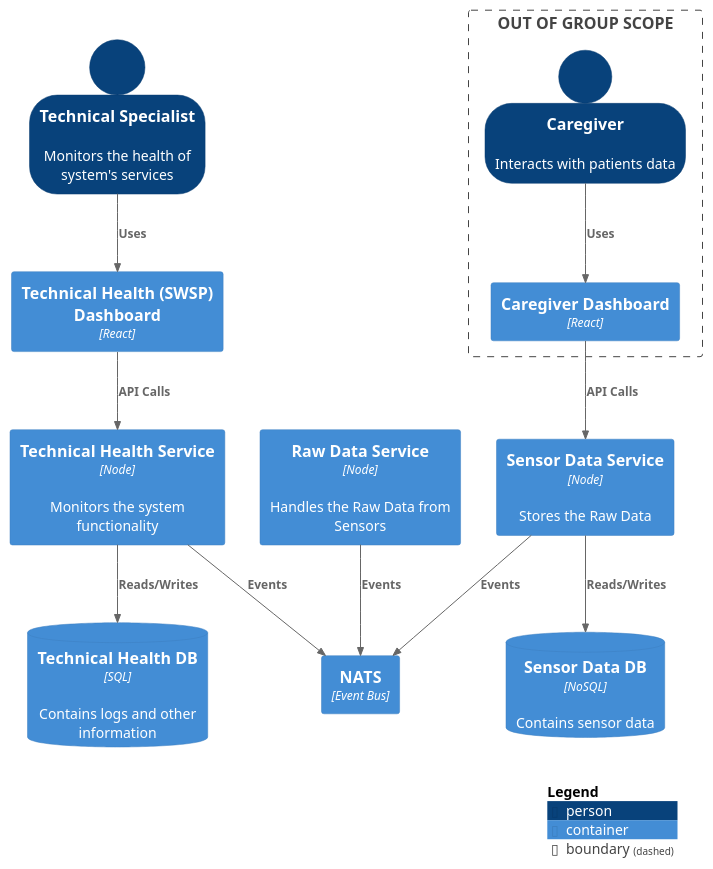
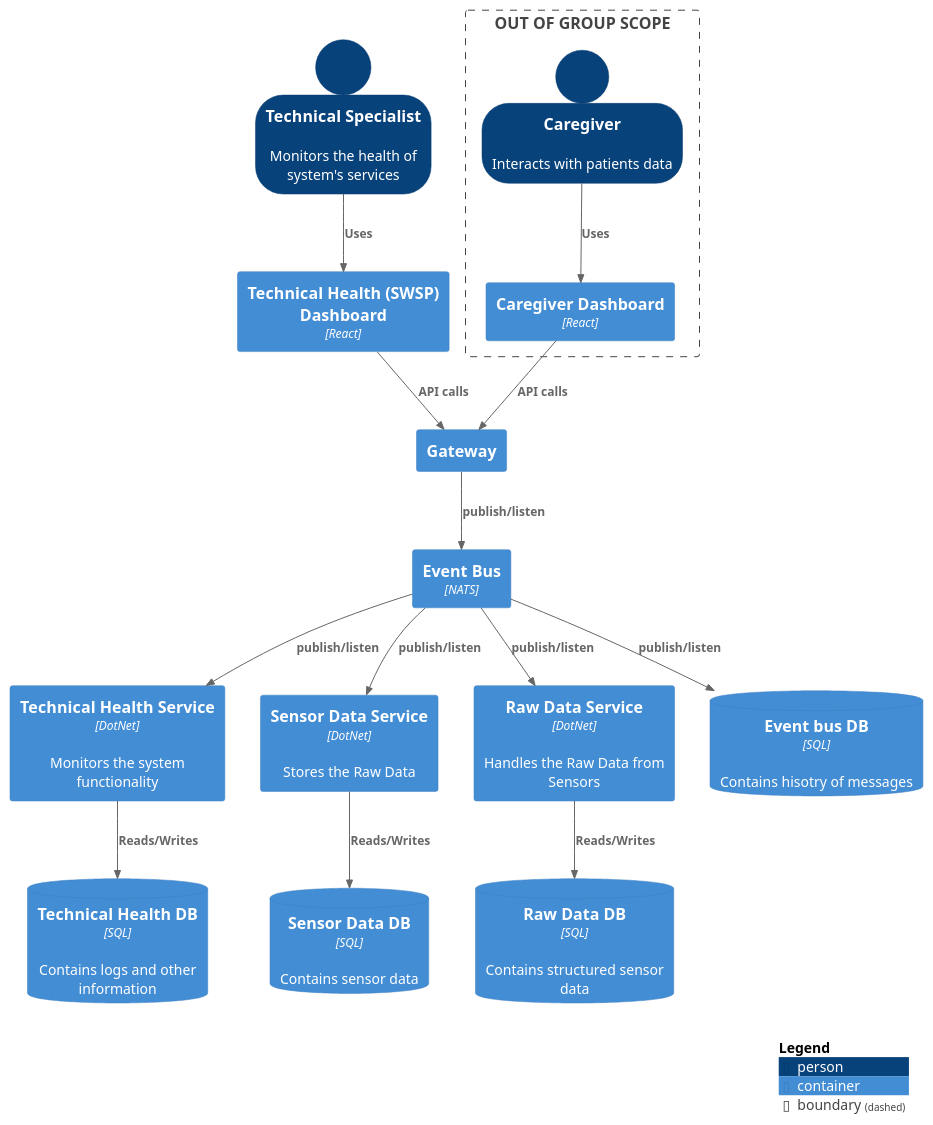
One commit to ivanovb3/Kwetter changed the diagram in Diagrams/group.puml. Above: the diagram before and after it, drawn with PlantUML. The commit also changed 5 other files, not shown here.

```diff
--- a/Diagrams/group.puml
+++ b/Diagrams/group.puml
@@ -1,34 +1,52 @@
 @startuml blogging_context
 !include https://raw.githubusercontent.com/plantuml-stdlib/C4-PlantUML/master/C4_Container.puml
 
 SHOW_PERSON_OUTLINE()
 
 Person(technical, "Technical Specialist", "Monitors the health of system's services")
 
 Container(thdash, "Technical Health (SWSP) Dashboard", "React", "")
+Container(gateway, "Gateway")
 
-Container(ths, "Technical Health Service", "Node", "Monitors the system functionality")
-Container(sds, "Sensor Data Service", "Node", "Stores the Raw Data")
-Container(rds, "Raw Data Service", "Node", "Handles the Raw Data from Sensors")
-Container(nats, "NATS", "Event Bus")
+Container(ths, "Technical Health Service", "DotNet", "Monitors the system functionality")
+Container(sds, "Sensor Data Service", "DotNet", "Stores the Raw Data")
+Container(rds, "Raw Data Service", "DotNet", "Handles the Raw Data from Sensors")
+Container(nats, "Event Bus", "NATS")
 Boundary(c1, "OUT OF GROUP SCOPE") {
     Container(caredash, "Caregiver Dashboard", "React", "")
     Person(caregiver, "Caregiver", "Interacts with patients data")
 }
 ContainerDb(thdb, "Technical Health DB", "SQL", "Contains logs and other information")
-ContainerDb(sddb, "Sensor Data DB", "NoSQL", "Contains sensor data")
+ContainerDb(sddb, "Sensor Data DB", "SQL", "Contains sensor data")
+ContainerDb(rddb, "Raw Data DB", "SQL", "Contains structured sensor data")
+ContainerDb(ebdb, "Event bus DB", "SQL", "Contains hisotry of messages")
 
 
 Rel(technical, thdash, "Uses")
-Rel(thdash, ths, "API Calls")
+Rel(caregiver, caredash, "Uses")
+Rel(thdash, gateway, "API calls")
+Rel(caredash, gateway, "API calls")
+Rel(gateway, nats, "publish/listen")
+Rel(nats, ebdb, "publish/listen")
+Rel(nats, ths, "publish/listen")
+Rel(nats, rds, "publish/listen")
+Rel(nats, sds, "publish/listen")
+
 Rel(ths, thdb, "Reads/Writes")
-Rel(ths, nats, "Events")
-Rel(caregiver, caredash, "Uses")
-Rel(caredash, sds, "API Calls")
-Rel(sds, nats, "Events")
 Rel(sds, sddb, "Reads/Writes")
-Rel(rds, nats, "Events")
+Rel(rds, rddb, "Reads/Writes")
+
+
+' Rel(technical, thdash, "Uses")
+' Rel(thdash, ths, "API Calls")
+' Rel(ths, thdb, "Reads/Writes")
+' Rel(ths, nats, "Events")
+' Rel(caregiver, caredash, "Uses")
+' Rel(caredash, sds, "API Calls")
+' Rel(sds, nats, "Events")
+' Rel(sds, sddb, "Reads/Writes")
+' Rel(rds, nats, "Events")
 
 SHOW_LEGEND()
 
 @enduml
```
